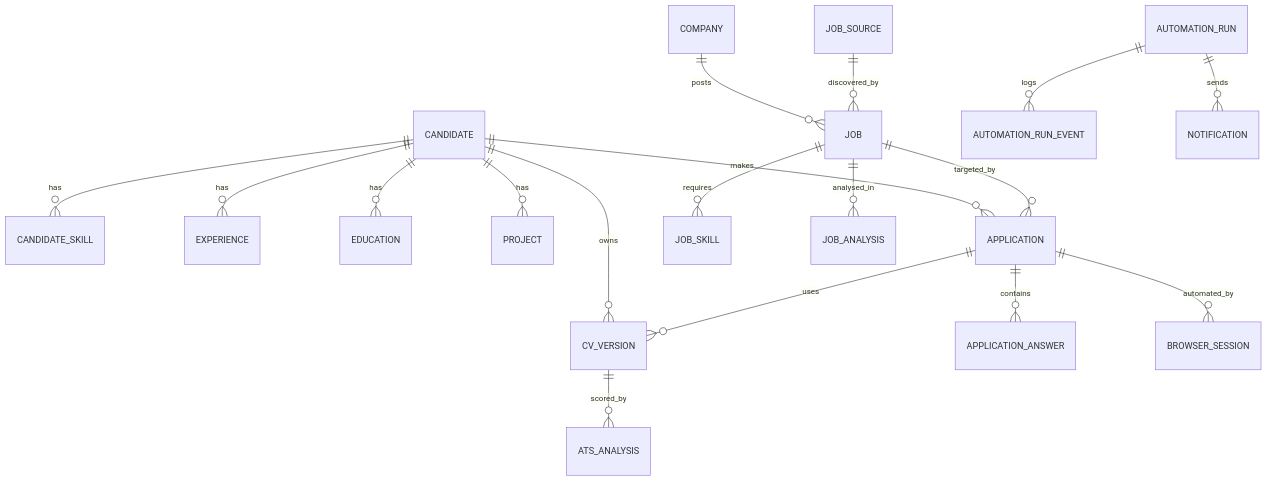
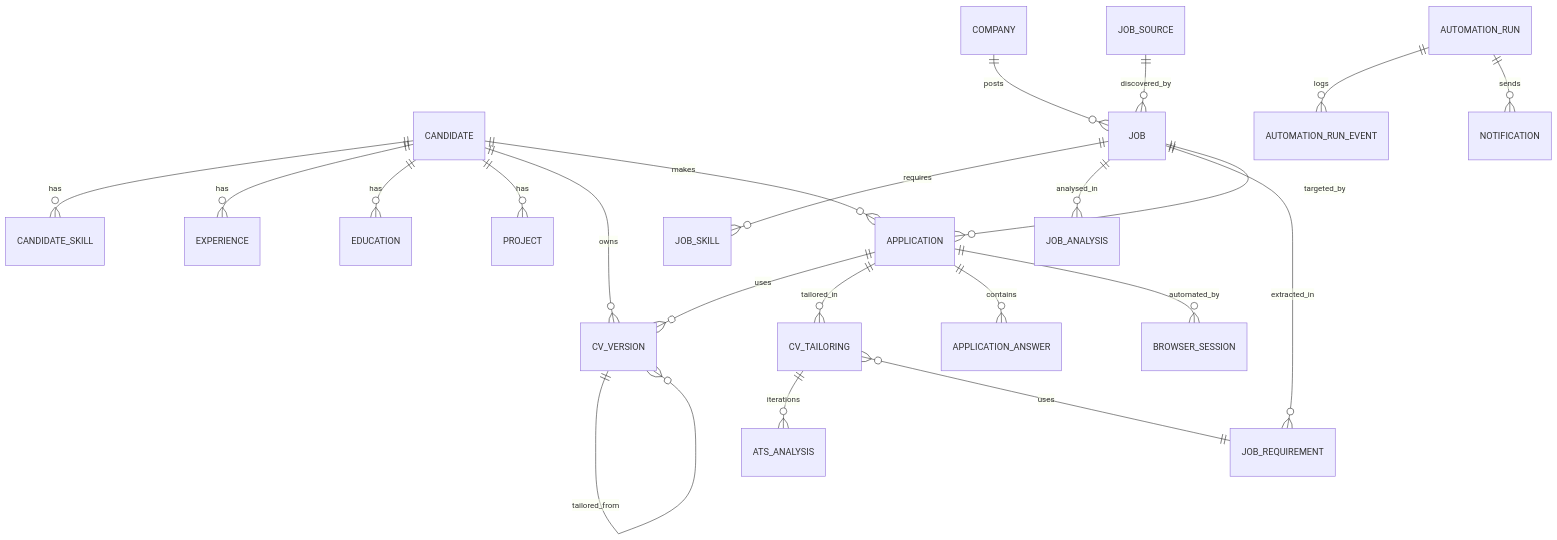
One commit to mouataz5/gestion-project-agents-IA changed the third of 7 diagrams in docs/architecture.md. Above: the diagram before and after it, drawn with Mermaid. The commit also changed other lines of this file and 10 other files, not shown here.

````diff
--- a/docs/architecture.md
+++ b/docs/architecture.md
@@ -215,20 +215,24 @@
 ```mermaid
 erDiagram
     CANDIDATE ||--o{ CANDIDATE_SKILL : has
     CANDIDATE ||--o{ EXPERIENCE : has
     CANDIDATE ||--o{ EDUCATION : has
     CANDIDATE ||--o{ PROJECT : has
     CANDIDATE ||--o{ CV_VERSION : owns
     CANDIDATE ||--o{ APPLICATION : makes
     COMPANY ||--o{ JOB : posts
     JOB_SOURCE ||--o{ JOB : discovered_by
     JOB ||--o{ JOB_SKILL : requires
     JOB ||--o{ JOB_ANALYSIS : analysed_in
+    JOB ||--o{ JOB_REQUIREMENT : extracted_in
     JOB ||--o{ APPLICATION : targeted_by
     APPLICATION ||--o{ CV_VERSION : uses
+    APPLICATION ||--o{ CV_TAILORING : tailored_in
     APPLICATION ||--o{ APPLICATION_ANSWER : contains
     APPLICATION ||--o{ BROWSER_SESSION : automated_by
-    CV_VERSION ||--o{ ATS_ANALYSIS : scored_by
+    CV_VERSION ||--o{ CV_VERSION : tailored_from
+    CV_TAILORING ||--o{ ATS_ANALYSIS : iterations
+    CV_TAILORING }o--|| JOB_REQUIREMENT : uses
     AUTOMATION_RUN ||--o{ AUTOMATION_RUN_EVENT : logs
     AUTOMATION_RUN ||--o{ NOTIFICATION : sends
 ```
````
